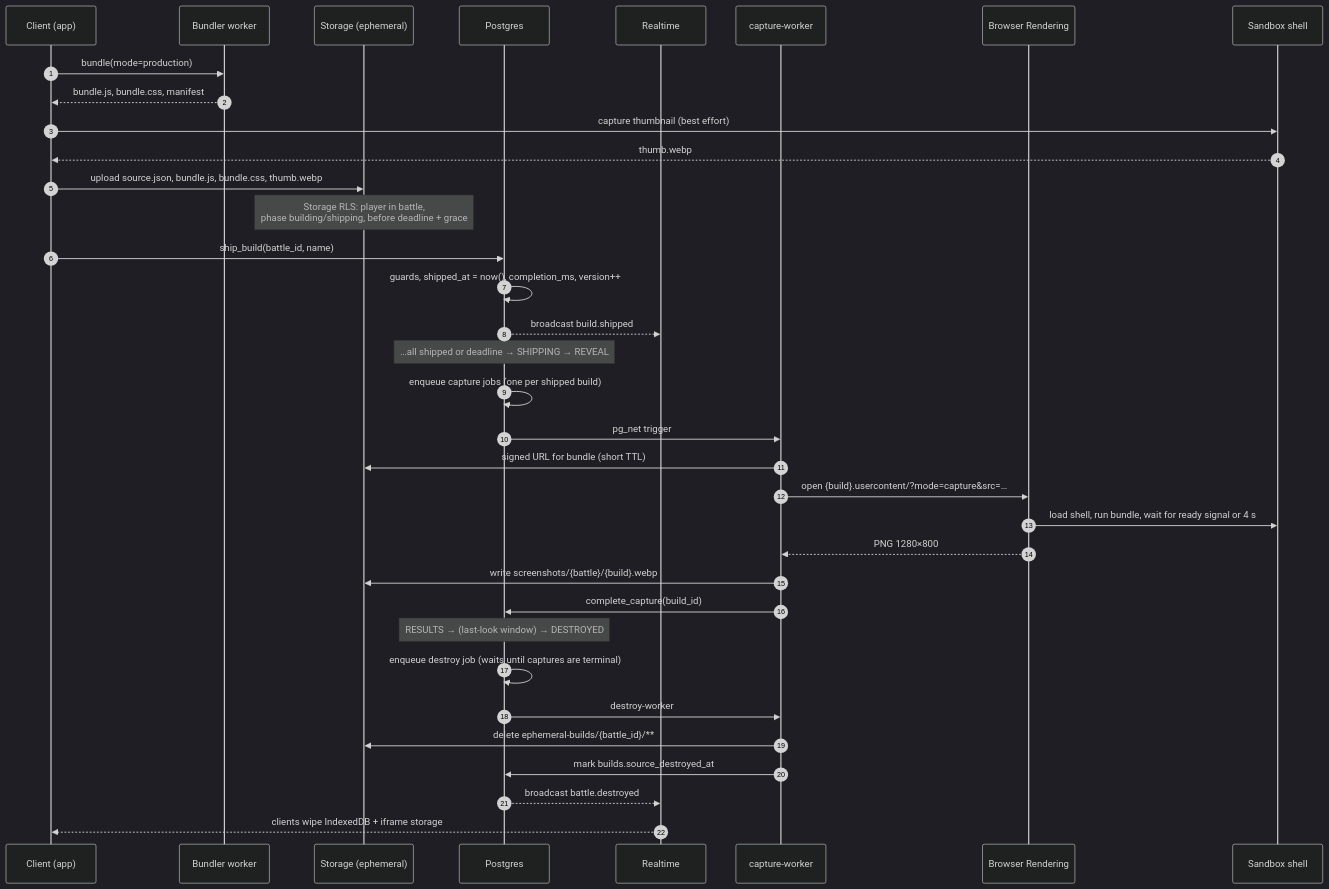
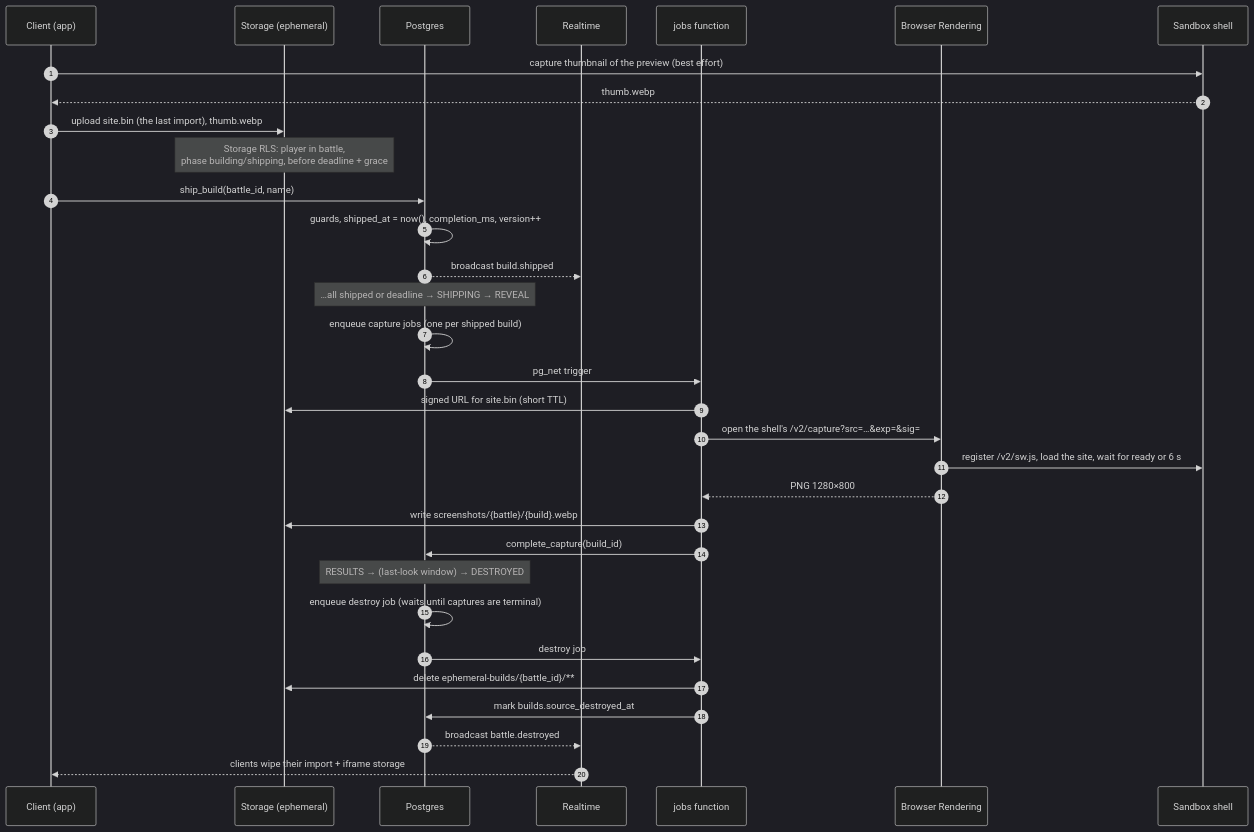
The second of 2 diagrams in docs/01-architecture.md (ertugrulunal9-ui/Build-Roulette), drawn with Mermaid (dark theme) before and after one commit. The commit also changed other lines of this file and 2 other files, not shown here.

First line of the commit message:
README, architecture and risks describe import mode

````diff
--- a/docs/01-architecture.md
+++ b/docs/01-architecture.md
@@ -221,38 +236,35 @@
 ```mermaid
 sequenceDiagram
   autonumber
   participant C as Client (app)
-  participant W as Bundler worker
   participant S as Storage (ephemeral)
   participant DB as Postgres
   participant RT as Realtime
-  participant EF as capture-worker
+  participant EF as jobs function
   participant BR as Browser Rendering
   participant SB as Sandbox shell
 
-  C->>W: bundle(mode=production)
-  W-->>C: bundle.js, bundle.css, manifest
-  C->>SB: capture thumbnail (best effort)
+  C->>SB: capture thumbnail of the preview (best effort)
   SB-->>C: thumb.webp
-  C->>S: upload source.json, bundle.js, bundle.css, thumb.webp
+  C->>S: upload site.bin (the last import), thumb.webp
   Note over S: Storage RLS: player in battle,<br/>phase building/shipping, before deadline + grace
   C->>DB: ship_build(battle_id, name)
   DB->>DB: guards, shipped_at = now(), completion_ms, version++
   DB-->>RT: broadcast build.shipped
   Note over DB: …all shipped or deadline → SHIPPING → REVEAL
   DB->>DB: enqueue capture jobs (one per shipped build)
   DB->>EF: pg_net trigger
-  EF->>S: signed URL for bundle (short TTL)
-  EF->>BR: open {build}.usercontent/?mode=capture&src=…
-  BR->>SB: load shell, run bundle, wait for ready signal or 4 s
+  EF->>S: signed URL for site.bin (short TTL)
+  EF->>BR: open the shell's /v2/capture?src=…&exp=&sig=
+  BR->>SB: register /v2/sw.js, load the site, wait for ready or 6 s
   BR-->>EF: PNG 1280×800
   EF->>S: write screenshots/{battle}/{build}.webp
   EF->>DB: complete_capture(build_id)
   Note over DB: RESULTS → (last-look window) → DESTROYED
   DB->>DB: enqueue destroy job (waits until captures are terminal)
-  DB->>EF: destroy-worker
+  DB->>EF: destroy job
   EF->>S: delete ephemeral-builds/{battle_id}/**
   EF->>DB: mark builds.source_destroyed_at
   DB-->>RT: broadcast battle.destroyed
-  RT-->>C: clients wipe IndexedDB + iframe storage
+  RT-->>C: clients wipe their import + iframe storage
 ```
````
